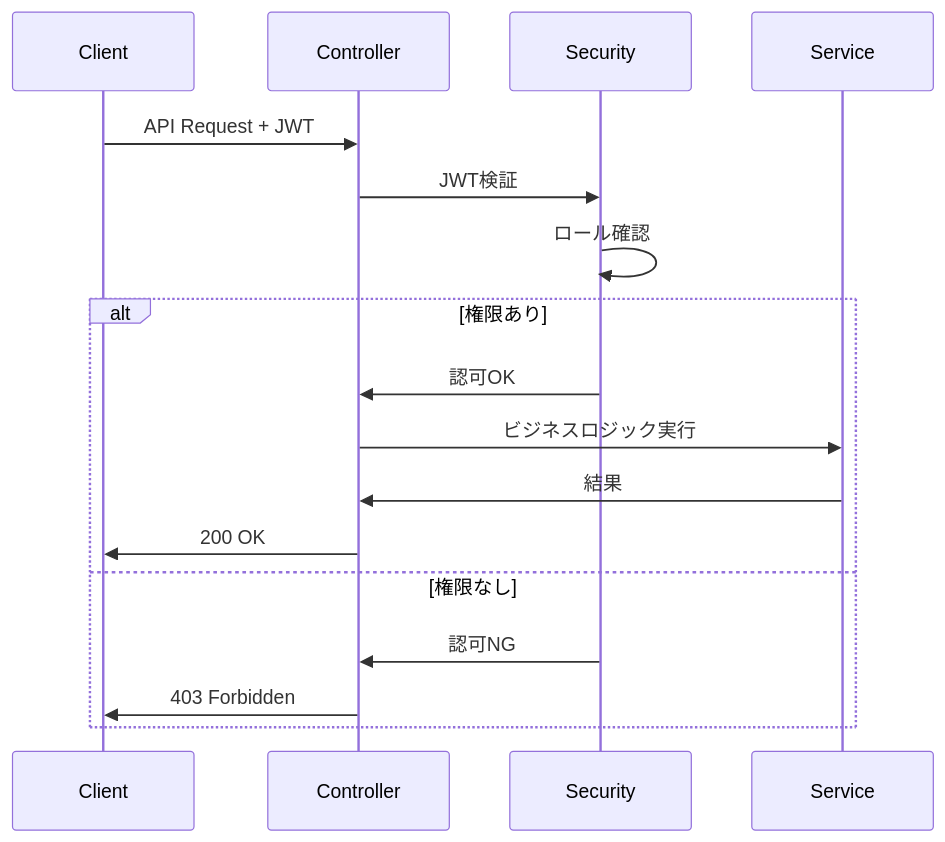
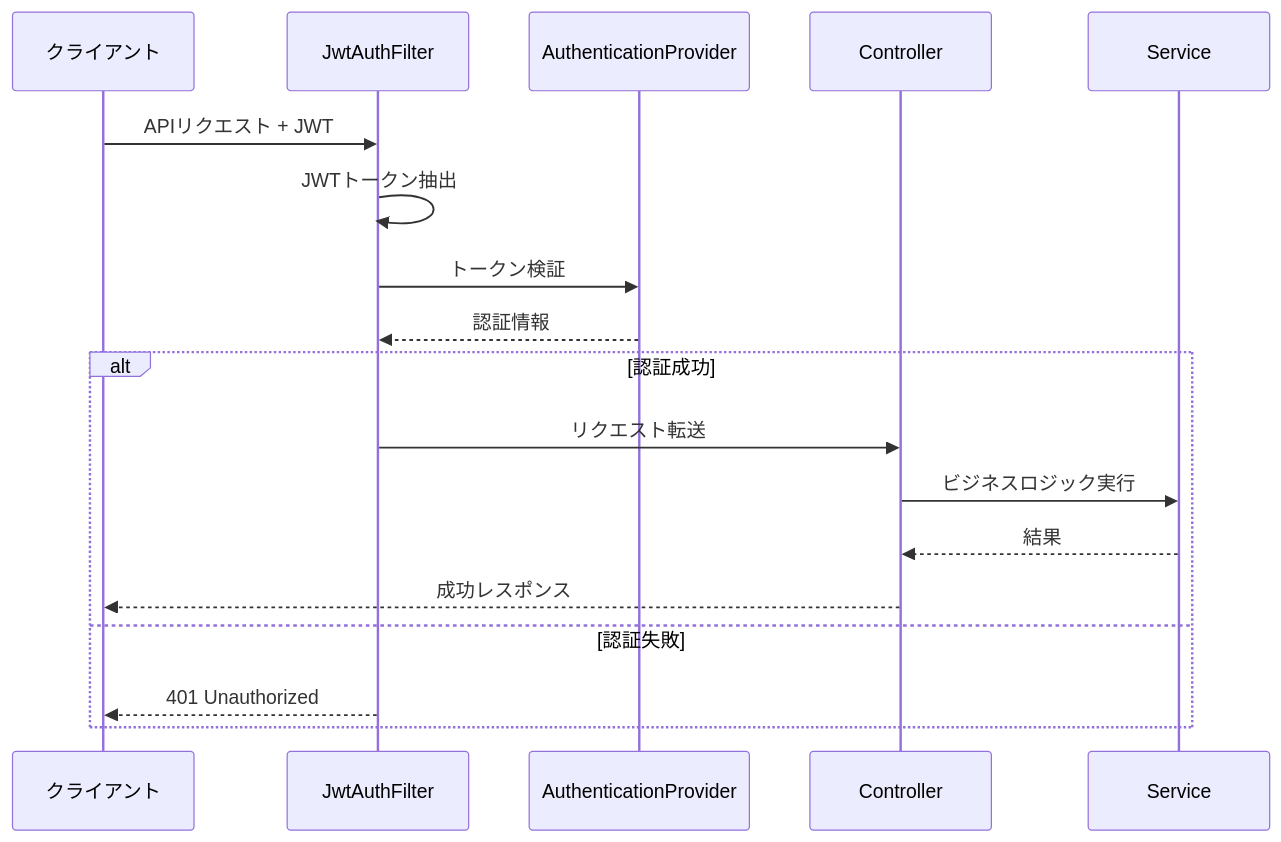
One commit to wfukatsu/refactoring-agent-for-claude-code changed the fourth of 4 diagrams in reports/01_analysis/actors-roles-permissions.md. Above: the diagram before and after it, drawn with Mermaid. The commit also changed other lines of this file and 26 other files, not shown here.

````diff
--- a/reports/01_analysis/actors-roles-permissions.md
+++ b/reports/01_analysis/actors-roles-permissions.md
@@ -195,20 +180,22 @@
 ```mermaid
 sequenceDiagram
-    participant Client
-    participant Controller
-    participant Security
-    participant Service
+    participant Client as クライアント
+    participant Filter as JwtAuthFilter
+    participant Provider as AuthenticationProvider
+    participant Controller as Controller
+    participant Service as Service
 
-    Client->>Controller: API Request + JWT
-    Controller->>Security: JWT検証
-    Security->>Security: ロール確認
-    alt 権限あり
-        Security->>Controller: 認可OK
+    Client->>Filter: APIリクエスト + JWT
+    Filter->>Filter: JWTトークン抽出
+    Filter->>Provider: トークン検証
+    Provider-->>Filter: 認証情報
+    
+    alt 認証成功
+        Filter->>Controller: リクエスト転送
         Controller->>Service: ビジネスロジック実行
-        Service->>Controller: 結果
-        Controller->>Client: 200 OK
-    else 権限なし
-        Security->>Controller: 認可NG
-        Controller->>Client: 403 Forbidden
+        Service-->>Controller: 結果
+        Controller-->>Client: 成功レスポンス
+    else 認証失敗
+        Filter-->>Client: 401 Unauthorized
     end
 ```
````
